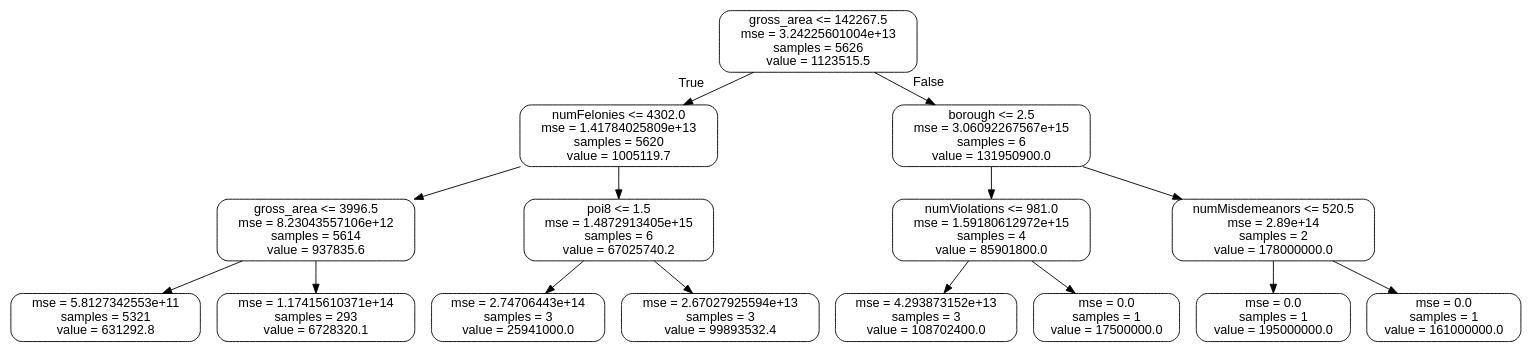
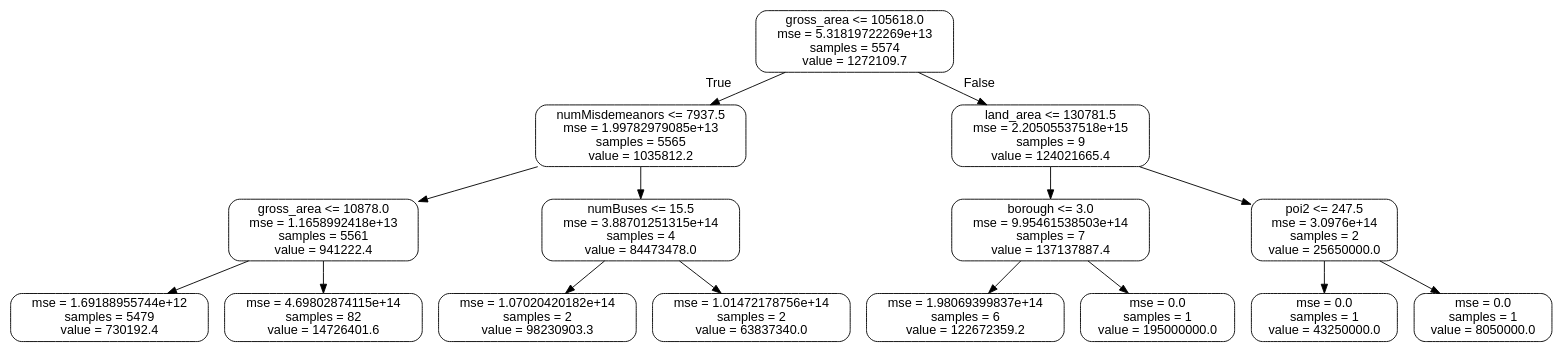
The diagram in Project2/small_tree.dot (fegan104/cs586-team2), drawn with Graphviz before and after one commit. The commit also changed 7 other files, not shown here.

```diff
--- a/Project2/small_tree.dot
+++ b/Project2/small_tree.dot
@@ -1,33 +1,33 @@
 digraph Tree {
 node [shape=box, style="rounded", color="black", fontname=helvetica] ;
 edge [fontname=helvetica] ;
-0 [label="gross_area <= 142267.5\nmse = 3.24225601004e+13\nsamples = 5626\nvalue = 1123515.5"] ;
-1 [label="numFelonies <= 4302.0\nmse = 1.41784025809e+13\nsamples = 5620\nvalue = 1005119.7"] ;
+0 [label="gross_area <= 105618.0\nmse = 5.31819722269e+13\nsamples = 5574\nvalue = 1272109.7"] ;
+1 [label="numMisdemeanors <= 7937.5\nmse = 1.99782979085e+13\nsamples = 5565\nvalue = 1035812.2"] ;
 0 -> 1 [labeldistance=2.5, labelangle=45, headlabel="True"] ;
-2 [label="gross_area <= 3996.5\nmse = 8.23043557106e+12\nsamples = 5614\nvalue = 937835.6"] ;
+2 [label="gross_area <= 10878.0\nmse = 1.1658992418e+13\nsamples = 5561\nvalue = 941222.4"] ;
 1 -> 2 ;
-3 [label="mse = 5.8127342553e+11\nsamples = 5321\nvalue = 631292.8"] ;
+3 [label="mse = 1.69188955744e+12\nsamples = 5479\nvalue = 730192.4"] ;
 2 -> 3 ;
-4 [label="mse = 1.17415610371e+14\nsamples = 293\nvalue = 6728320.1"] ;
+4 [label="mse = 4.69802874115e+14\nsamples = 82\nvalue = 14726401.6"] ;
 2 -> 4 ;
-5 [label="poi8 <= 1.5\nmse = 1.4872913405e+15\nsamples = 6\nvalue = 67025740.2"] ;
+5 [label="numBuses <= 15.5\nmse = 3.88701251315e+14\nsamples = 4\nvalue = 84473478.0"] ;
 1 -> 5 ;
-6 [label="mse = 2.74706443e+14\nsamples = 3\nvalue = 25941000.0"] ;
+6 [label="mse = 1.07020420182e+14\nsamples = 2\nvalue = 98230903.3"] ;
 5 -> 6 ;
-7 [label="mse = 2.67027925594e+13\nsamples = 3\nvalue = 99893532.4"] ;
+7 [label="mse = 1.01472178756e+14\nsamples = 2\nvalue = 63837340.0"] ;
 5 -> 7 ;
-8 [label="borough <= 2.5\nmse = 3.06092267567e+15\nsamples = 6\nvalue = 131950900.0"] ;
+8 [label="land_area <= 130781.5\nmse = 2.20505537518e+15\nsamples = 9\nvalue = 124021665.4"] ;
 0 -> 8 [labeldistance=2.5, labelangle=-45, headlabel="False"] ;
-9 [label="numViolations <= 981.0\nmse = 1.59180612972e+15\nsamples = 4\nvalue = 85901800.0"] ;
+9 [label="borough <= 3.0\nmse = 9.95461538503e+14\nsamples = 7\nvalue = 137137887.4"] ;
 8 -> 9 ;
-10 [label="mse = 4.293873152e+13\nsamples = 3\nvalue = 108702400.0"] ;
+10 [label="mse = 1.98069399837e+14\nsamples = 6\nvalue = 122672359.2"] ;
 9 -> 10 ;
-11 [label="mse = 0.0\nsamples = 1\nvalue = 17500000.0"] ;
+11 [label="mse = 0.0\nsamples = 1\nvalue = 195000000.0"] ;
 9 -> 11 ;
-12 [label="numMisdemeanors <= 520.5\nmse = 2.89e+14\nsamples = 2\nvalue = 178000000.0"] ;
+12 [label="poi2 <= 247.5\nmse = 3.0976e+14\nsamples = 2\nvalue = 25650000.0"] ;
 8 -> 12 ;
-13 [label="mse = 0.0\nsamples = 1\nvalue = 195000000.0"] ;
+13 [label="mse = 0.0\nsamples = 1\nvalue = 43250000.0"] ;
 12 -> 13 ;
-14 [label="mse = 0.0\nsamples = 1\nvalue = 161000000.0"] ;
+14 [label="mse = 0.0\nsamples = 1\nvalue = 8050000.0"] ;
 12 -> 14 ;
 }
```
